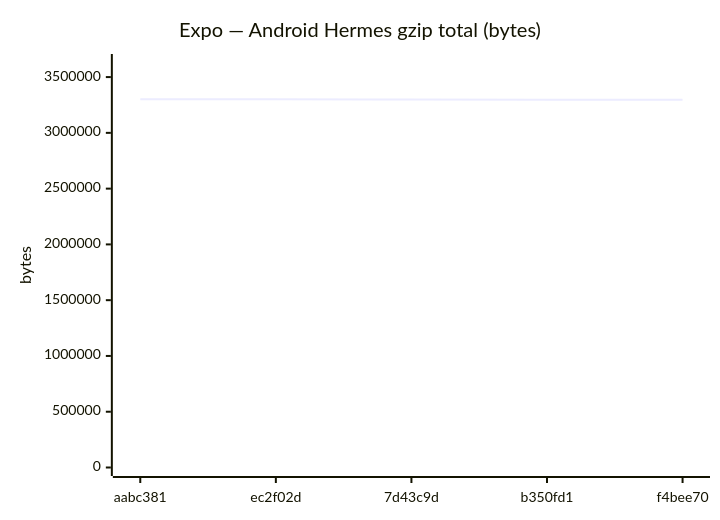
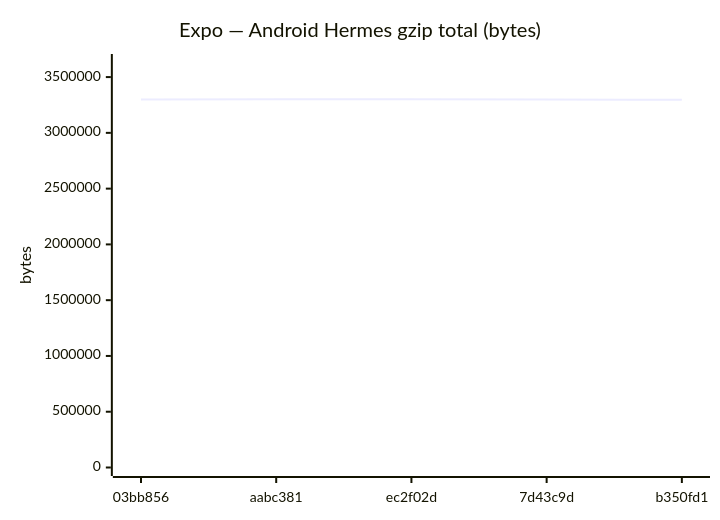
One commit to Metaheurist/Rianell changed diagram 11 of 18 in benchmarks/compare.md. Above: the diagram before and after it, drawn with Mermaid. The commit also changed other lines of this file and 11 other files, not shown here.

````diff
--- a/benchmarks/compare.md
+++ b/benchmarks/compare.md
@@ -172,7 +172,7 @@
 ```mermaid
 xychart-beta
     title "Expo — Android Hermes gzip total (bytes)"
-    x-axis ["aabc381", "ec2f02d", "7d43c9d", "b350fd1", "f4bee70"]
+    x-axis ["03bb856", "aabc381", "ec2f02d", "7d43c9d", "b350fd1"]
     y-axis "bytes" 0 --> 3630694
-    line [3300630, 3300522, 3299950, 3296025, 3296632]
+    line [3300038, 3300630, 3300522, 3299950, 3296025]
 ```
````
